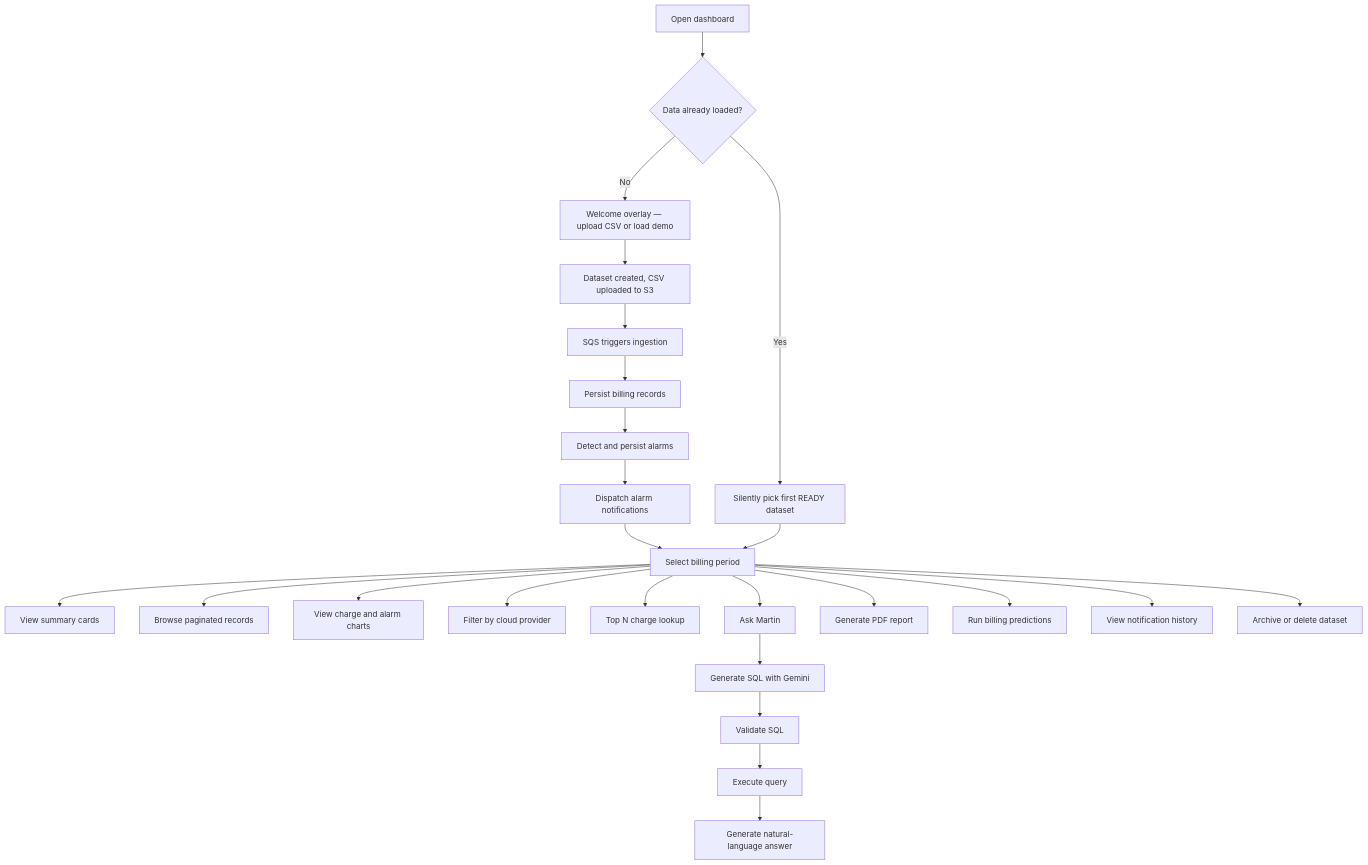
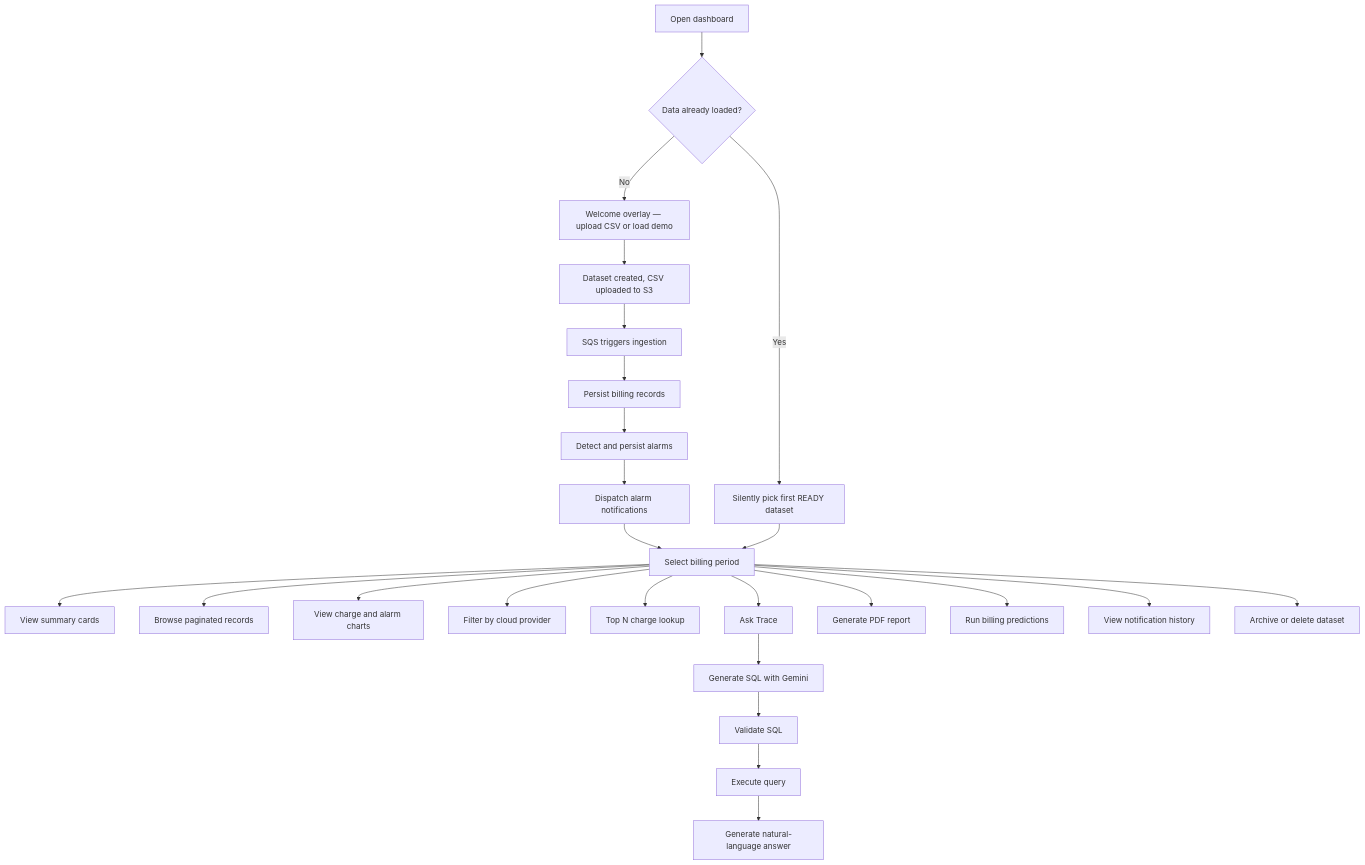
The first of 5 diagrams in docs/product-system-documentation.md (jawadazeem/Project-ETL), drawn with Mermaid before and after one commit. The commit also changed other lines of this file and 36 other files, not shown here.

````diff
--- a/docs/product-system-documentation.md
+++ b/docs/product-system-documentation.md
@@ -49,27 +49,27 @@
 ```mermaid
 flowchart TD
     A["Open dashboard"] --> B{"Data already loaded?"}
     B -->|No| C["Welcome overlay — upload CSV or load demo"]
     C --> D["Dataset created, CSV uploaded to S3"]
     D --> E["SQS triggers ingestion"]
     E --> F["Persist billing records"]
     F --> G["Detect and persist alarms"]
     G --> G2["Dispatch alarm notifications"]
     B -->|Yes| H["Silently pick first READY dataset"]
     G2 --> I["Select billing period"]
     H --> I
     I --> J["View summary cards"]
     I --> K["Browse paginated records"]
     I --> L["View charge and alarm charts"]
     I --> M["Filter by cloud provider"]
     I --> N["Top N charge lookup"]
-    I --> O["Ask Martin"]
+    I --> O["Ask Trace"]
     I --> P2["Generate PDF report"]
     I --> P3["Run billing predictions"]
     I --> P4["View notification history"]
     I --> P5["Archive or delete dataset"]
     O --> P["Generate SQL with Gemini"]
     P --> Q["Validate SQL"]
     Q --> R["Execute query"]
     R --> S["Generate natural-language answer"]
 ```
````
